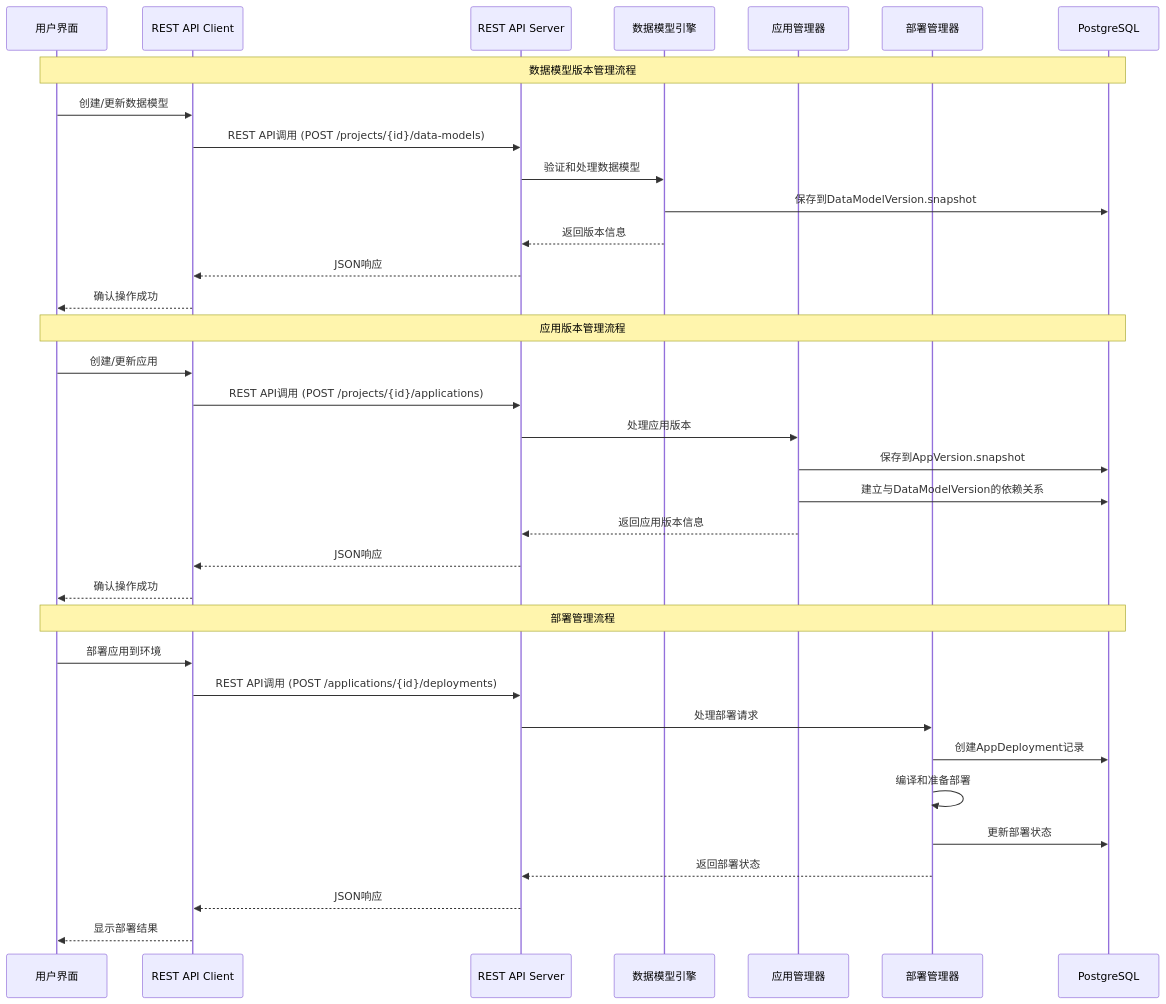
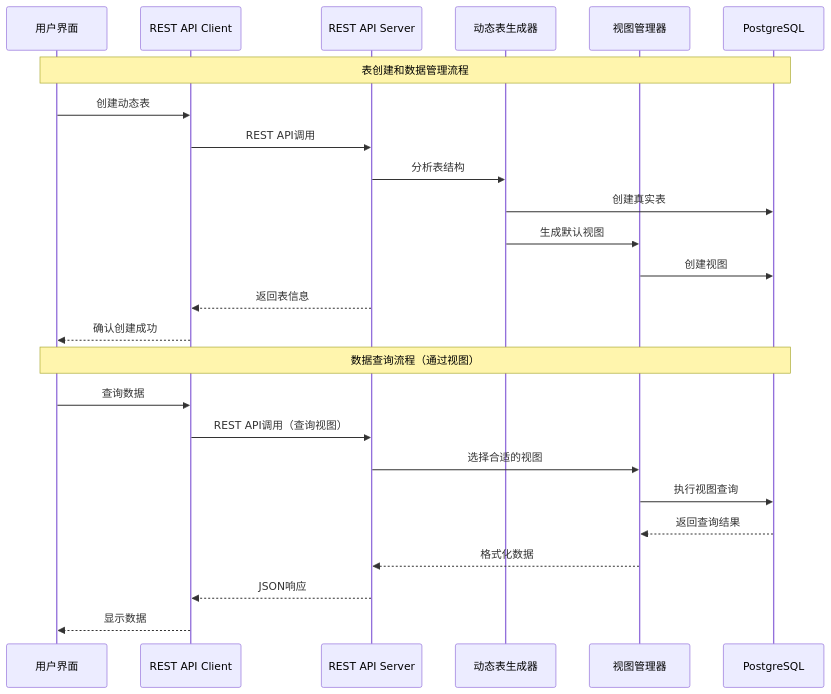
One commit to bobo522487/fastbuild changed the tenth of 13 diagrams in docs/solution-architecture.md. Above: the diagram before and after it, drawn with Mermaid. The commit also changed other lines of this file and 58 other files, not shown here.

````diff
--- a/docs/solution-architecture.md
+++ b/docs/solution-architecture.md
@@ -205,40 +3484,29 @@
 ```mermaid
 sequenceDiagram
     participant U as 用户界面
     participant C as REST API Client
     participant A as REST API Server
-    participant DM as 数据模型引擎
-    participant AM as 应用管理器
-    participant DP as 部署管理器
+    participant T as 动态表生成器
+    participant V as 视图管理器
     participant D as PostgreSQL
 
-    Note over U,D: 数据模型版本管理流程
-    U->>C: 创建/更新数据模型
-    C->>A: REST API调用 (POST /projects/{id}/data-models)
-    A->>DM: 验证和处理数据模型
-    DM->>D: 保存到DataModelVersion.snapshot
-    DM-->>A: 返回版本信息
+    Note over U,D: 表创建和数据管理流程
+    U->>C: 创建动态表
+    C->>A: REST API调用
+    A->>T: 分析表结构
+    T->>D: 创建真实表
+    T->>V: 生成默认视图
+    V->>D: 创建视图
+    A-->>C: 返回表信息
+    C-->>U: 确认创建成功
+
+    Note over U,D: 数据查询流程（通过视图）
+    U->>C: 查询数据
+    C->>A: REST API调用（查询视图）
+    A->>V: 选择合适的视图
+    V->>D: 执行视图查询
+    D-->>V: 返回查询结果
+    V-->>A: 格式化数据
     A-->>C: JSON响应
-    C-->>U: 确认操作成功
-
-    Note over U,D: 应用版本管理流程
-    U->>C: 创建/更新应用
-    C->>A: REST API调用 (POST /projects/{id}/applications)
-    A->>AM: 处理应用版本
-    AM->>D: 保存到AppVersion.snapshot
-    AM->>D: 建立与DataModelVersion的依赖关系
-    AM-->>A: 返回应用版本信息
-    A-->>C: JSON响应
-    C-->>U: 确认操作成功
-
-    Note over U,D: 部署管理流程
-    U->>C: 部署应用到环境
-    C->>A: REST API调用 (POST /applications/{id}/deployments)
-    A->>DP: 处理部署请求
-    DP->>D: 创建AppDeployment记录
-    DP->>DP: 编译和准备部署
-    DP->>D: 更新部署状态
-    DP-->>A: 返回部署状态
-    A-->>C: JSON响应
-    C-->>U: 显示部署结果
+    C-->>U: 显示数据
 ```
````
